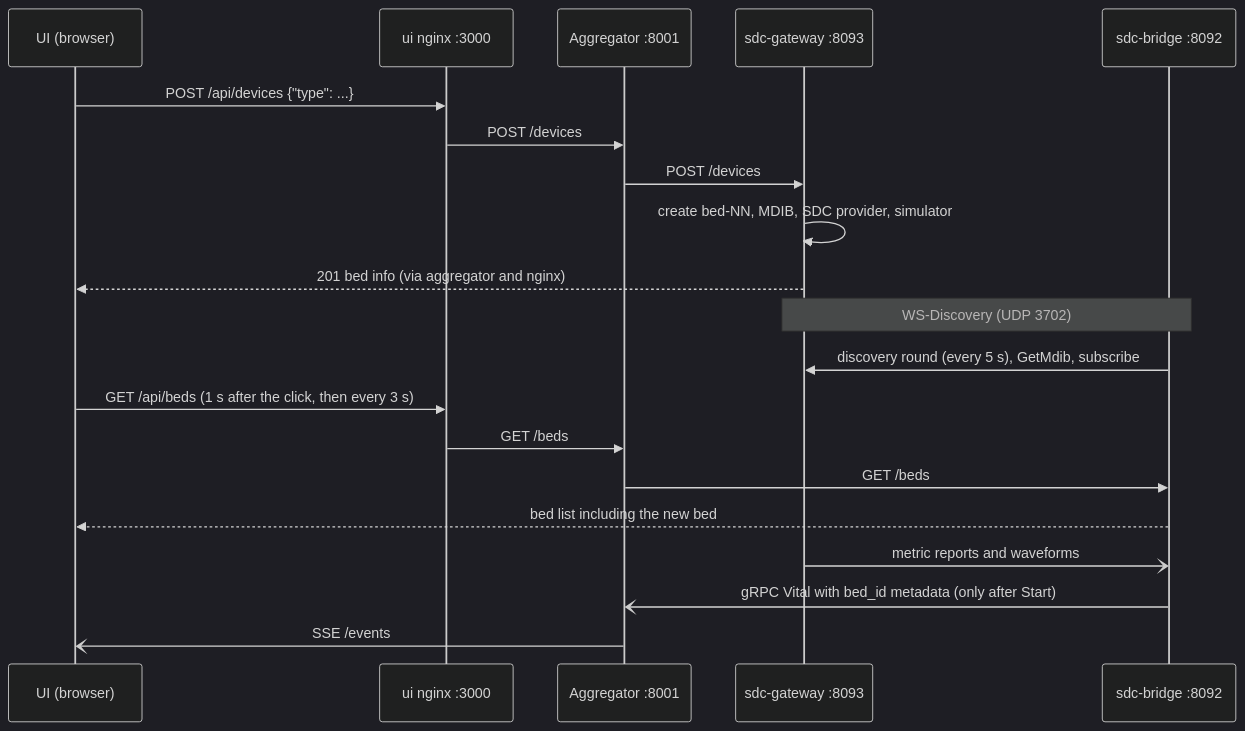
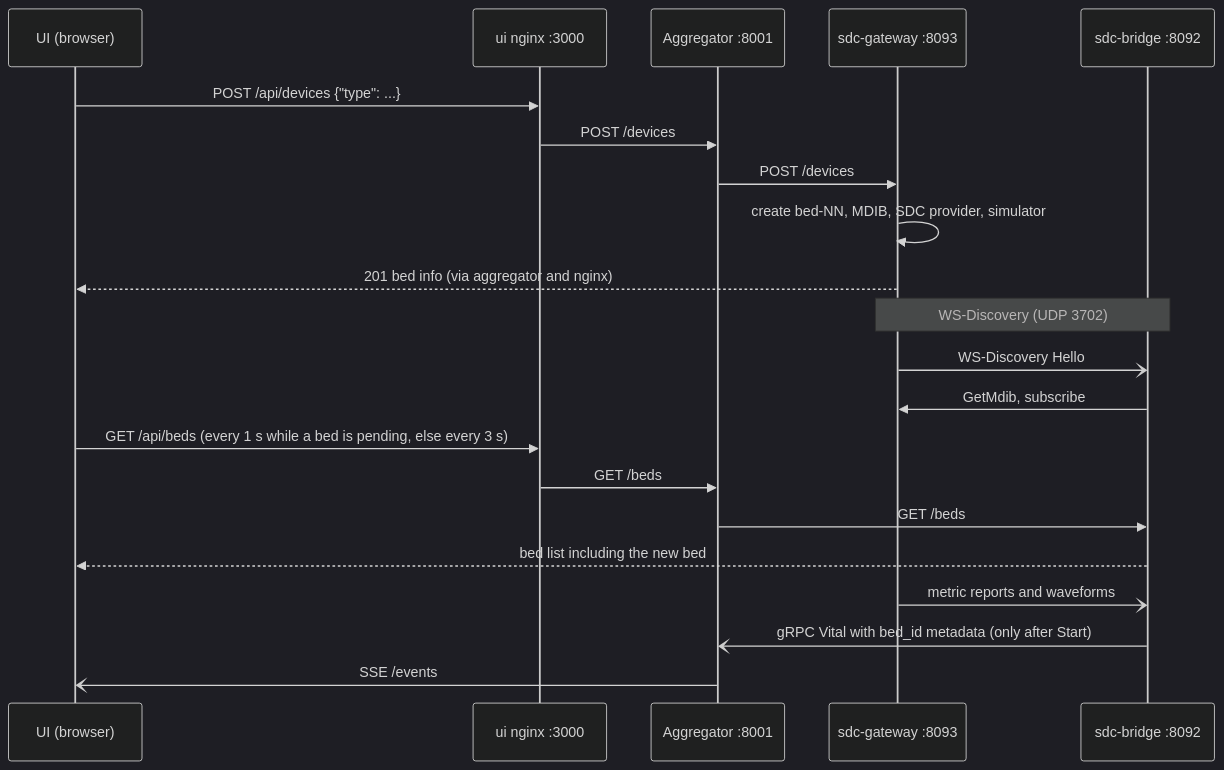
Before and after one commit to sachinkaushik/health-and-life-sciences-ai-suite: the diagram in multi_modal_patient_monitoring/docs/user-guide/sdc-device-source.md, drawn with Mermaid (dark theme). The commit also changed other lines of this file and 7 other files, not shown here.

````diff
--- a/multi_modal_patient_monitoring/docs/user-guide/sdc-device-source.md
+++ b/multi_modal_patient_monitoring/docs/user-guide/sdc-device-source.md
@@ -128,22 +129,23 @@
 ```mermaid
 sequenceDiagram
     participant UI as UI (browser)
     participant NG as ui nginx :3000
     participant AG as Aggregator :8001
     participant GW as sdc-gateway :8093
     participant BR as sdc-bridge :8092
     UI->>NG: POST /api/devices {"type": ...}
     NG->>AG: POST /devices
     AG->>GW: POST /devices
     GW->>GW: create bed-NN, MDIB, SDC provider, simulator
     GW-->>UI: 201 bed info (via aggregator and nginx)
     Note over GW,BR: WS-Discovery (UDP 3702)
-    BR->>GW: discovery round (every 5 s), GetMdib, subscribe
-    UI->>NG: GET /api/beds (1 s after the click, then every 3 s)
+    GW-)BR: WS-Discovery Hello
+    BR->>GW: GetMdib, subscribe
+    UI->>NG: GET /api/beds (every 1 s while a bed is pending, else every 3 s)
     NG->>AG: GET /beds
     AG->>BR: GET /beds
     BR-->>UI: bed list including the new bed
     GW-)BR: metric reports and waveforms
     BR-)AG: gRPC Vital with bed_id metadata (only after Start)
     AG-)UI: SSE /events
 ```
````
